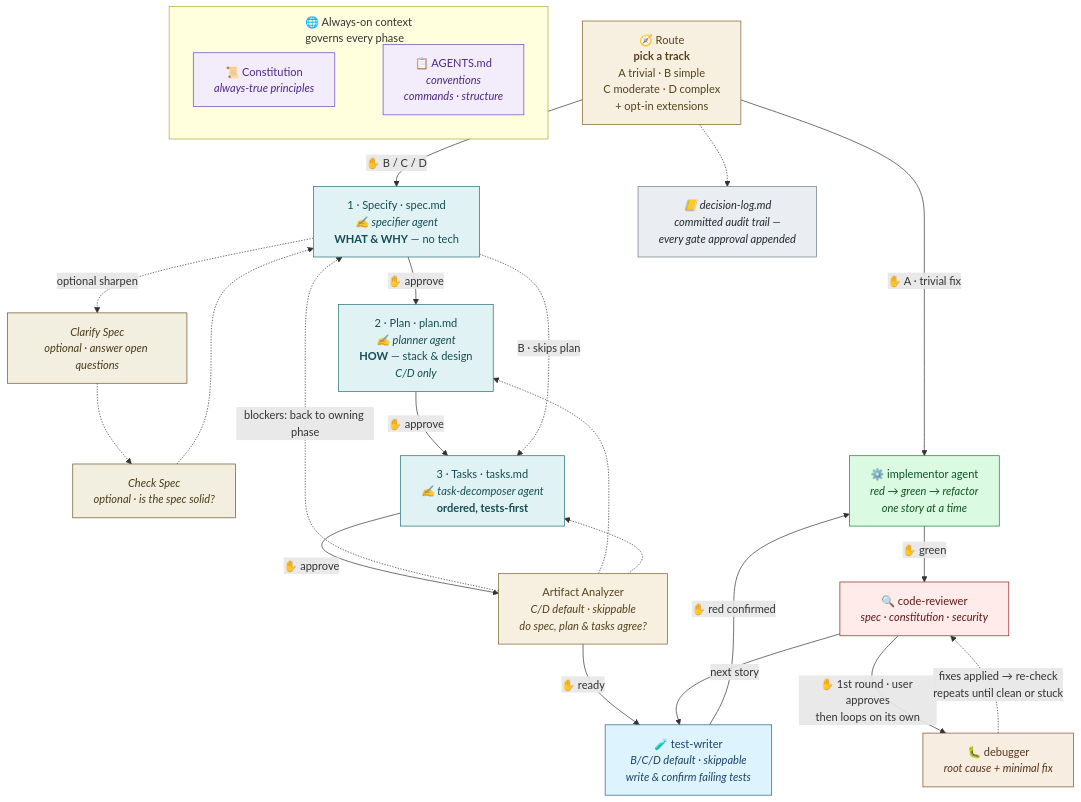
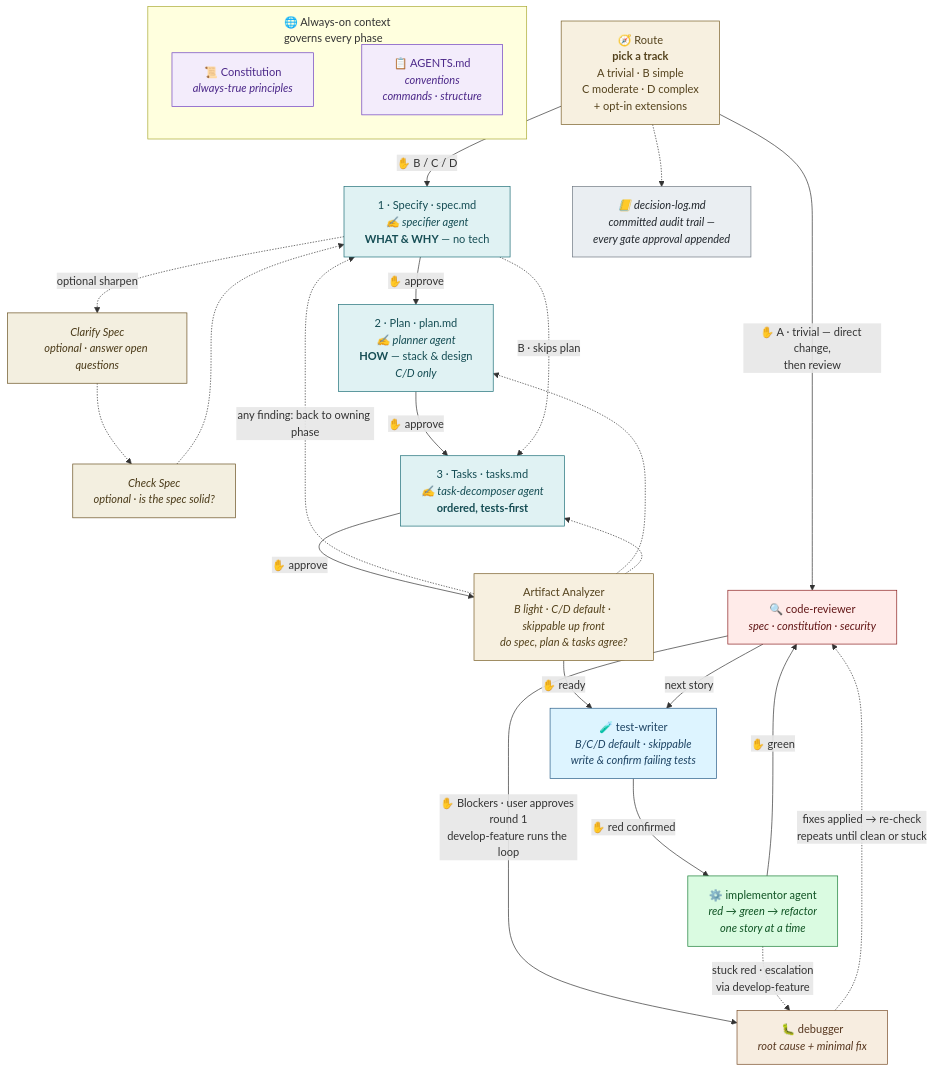
The first of 2 diagrams in README.md (saptarshibasu/spec-driven-development), drawn with Mermaid before and after one commit. The commit also changed other lines of this file and 40 other files, not shown here.

````diff
--- a/README.md
+++ b/README.md
@@ -24,47 +24,48 @@
 ```mermaid
 %%{init: {'flowchart': {'nodeSpacing': 50, 'rankSpacing': 45, 'subGraphTitleMargin': {'top': 10, 'bottom': 10}}, 'themeVariables': {'fontSize': '16px'}}}%%
 flowchart TD
     subgraph CTX["🌐 Always-on context<br/>governs every phase"]
         direction LR
         K["📜 Constitution<br/><i>always-true principles</i>"]:::gov
         AGT["📋 AGENTS.md<br/><i>conventions<br/>commands · structure</i>"]:::gov
         K ~~~ AGT
     end
     RT["🧭 Route<br/><b>pick a track</b><br/>A trivial · B simple<br/>C moderate · D complex<br/>+ opt-in extensions"]:::gate
     S["1 · Specify · spec.md<br/><i>✍️ specifier agent</i><br/><b>WHAT & WHY</b> — no tech"]:::draft
     CL["Clarify Spec<br/><i>optional · answer open questions</i>"]:::opt
     CK["Check Spec<br/><i>optional · is the spec solid?</i>"]:::opt
     P["2 · Plan · plan.md<br/><i>✍️ planner agent</i><br/><b>HOW</b> — stack & design<br/><i>C/D only</i>"]:::draft
     T["3 · Tasks · tasks.md<br/><i>✍️ task-decomposer agent</i><br/><b>ordered, tests-first</b>"]:::draft
-    AN["Artifact Analyzer<br/><i>C/D default · skippable<br/>do spec, plan & tasks agree?</i>"]:::gate
+    AN["Artifact Analyzer<br/><i>B light · C/D default · skippable up front<br/>do spec, plan & tasks agree?</i>"]:::gate
     TW["🧪 test-writer<br/><i>B/C/D default · skippable<br/>write & confirm failing tests</i>"]:::twriter
     I["⚙️ implementor agent<br/><i>red → green → refactor<br/>one story at a time</i>"]:::impl
     R["🔍 code-reviewer<br/><i>spec · constitution · security</i>"]:::reviewer
     DB["🐛 debugger<br/><i>root cause + minimal fix</i>"]:::debug
     DL["📒 decision-log.md<br/><i>committed audit trail —<br/>every gate approval appended</i>"]:::audit
 
-    RT -->|✋ A · trivial fix| I
+    RT -->|"✋ A · trivial — direct change,<br/>then review"| R
     RT -->|✋ B / C / D| S
     S -->|✋ approve| P -->|✋ approve| T -->|✋ approve| AN -->|✋ ready| TW -->|✋ red confirmed| I -->|✋ green| R
     R -->|next story| TW
-    R -->|"✋ 1st round · user approves<br/>then loops on its own"| DB
+    R -->|"✋ Blockers · user approves round 1<br/>develop-feature runs the loop"| DB
     DB -. "fixes applied → re-check<br/>repeats until clean or stuck" .-> R
+    I -. "stuck red · escalation<br/>via develop-feature" .-> DB
     S -. B · skips plan .-> T
     S -. optional sharpen .-> CL
     CL -.-> CK
     CK -.-> S
-    AN -. "blockers: back to owning phase" .-> S
+    AN -. "any finding: back to owning phase" .-> S
     AN -.-> P
     AN -.-> T
     RT -.-> DL
 
     classDef gov fill:#f3ecfb,color:#4c2889,stroke:#6f42c1
     classDef draft fill:#e0f2f3,color:#154d54,stroke:#1f6f78
     classDef gate fill:#f7f0e0,color:#54421c,stroke:#7a5f28
     classDef opt fill:#f3efe0,color:#4a3a18,stroke:#6a5222,font-style:italic
     classDef impl fill:#dafbe1,color:#0f5323,stroke:#1a7f37
     classDef twriter fill:#ddf4ff,color:#1e4464,stroke:#2a5e88
     classDef reviewer fill:#ffebe9,color:#621616,stroke:#8b2020
     classDef debug fill:#f7ede0,color:#56361e,stroke:#7a4e2a
     classDef audit fill:#eaeef2,color:#24292f,stroke:#6e7781,font-style:italic
 ```
````
